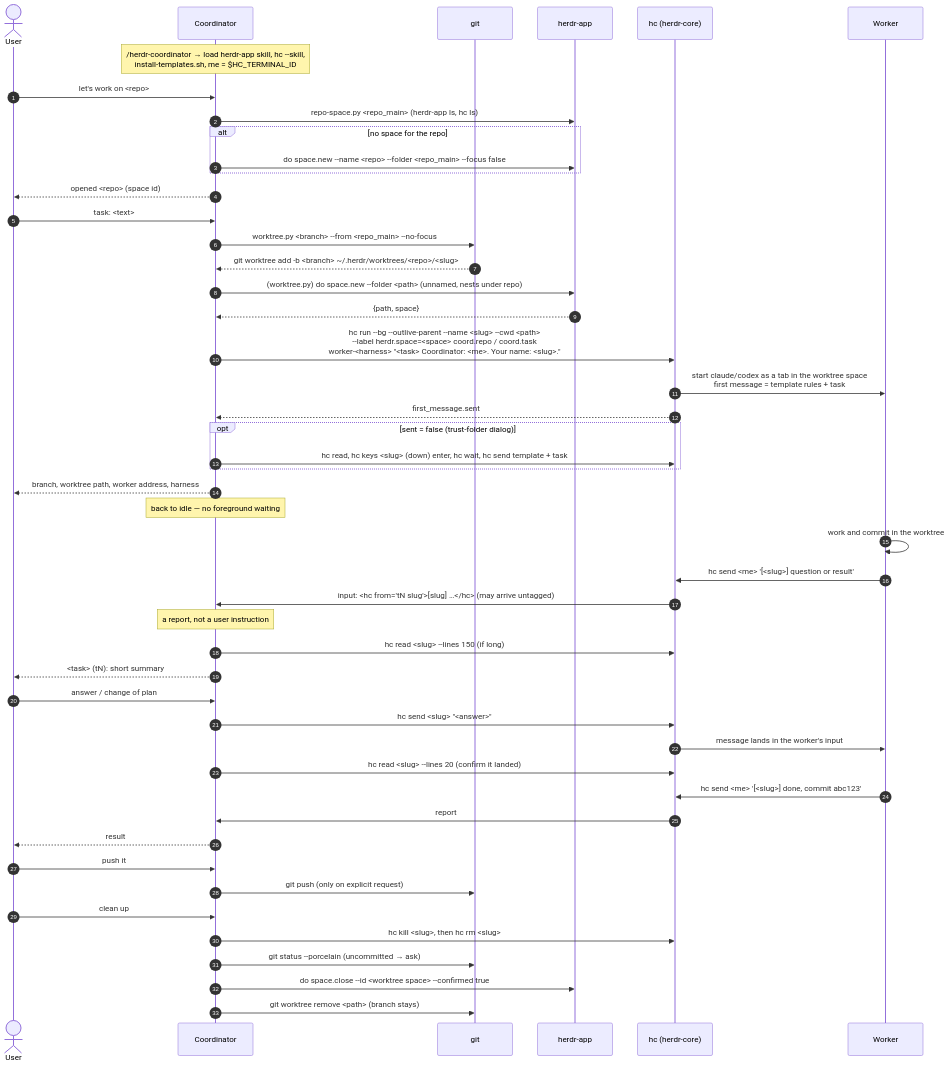
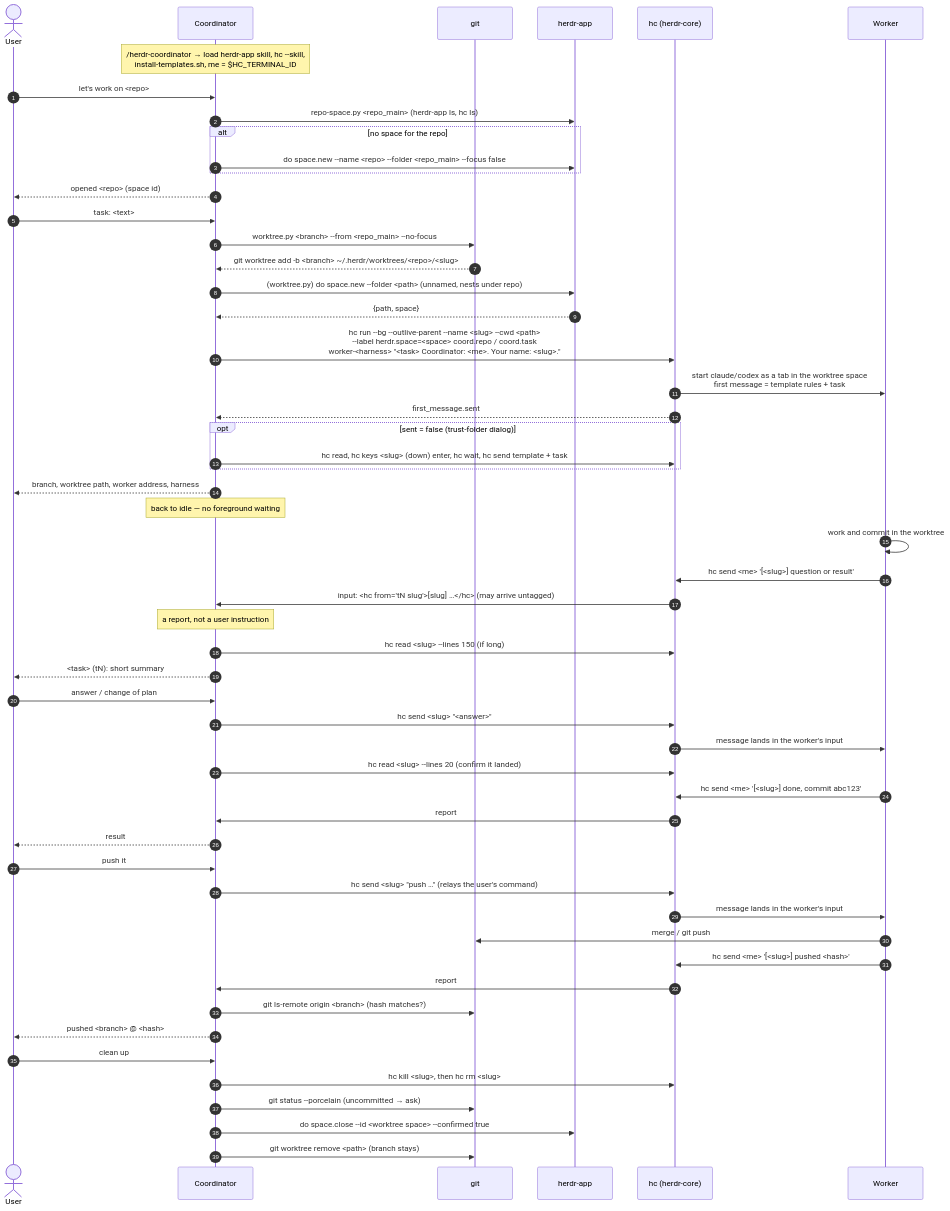
Before and after one commit to aliev/herdr-skills: the diagram in docs/how-it-works.md, drawn with Mermaid. The commit also changed other lines of this file, not shown here.

Commit message:
docs: push goes through the worker, coordinator verifies with ls-remote

````diff
--- a/docs/how-it-works.md
+++ b/docs/how-it-works.md
@@ -13,55 +13,61 @@
 ```mermaid
 sequenceDiagram
     autonumber
     actor U as User
     participant C as Coordinator
     participant G as git
     participant A as herdr-app
     participant H as hc (herdr-core)
     participant W as Worker
 
     Note over C: /herdr-coordinator → load herdr-app skill, hc --skill,<br/>install-templates.sh, me = $HC_TERMINAL_ID
     U->>C: let's work on <repo>
     C->>A: repo-space.py <repo_main> (herdr-app ls, hc ls)
     alt no space for the repo
         C->>A: do space.new --name <repo> --folder <repo_main> --focus false
     end
     C-->>U: opened <repo> (space id)
 
     U->>C: task: <text>
     C->>G: worktree.py <branch> --from <repo_main> --no-focus
     G-->>C: git worktree add -b <branch> ~/.herdr/worktrees/<repo>/<slug>
     C->>A: (worktree.py) do space.new --folder <path> (unnamed, nests under repo)
     A-->>C: {path, space}
     C->>H: hc run --bg --outlive-parent --name <slug> --cwd <path><br/>--label herdr.space=<space> coord.repo / coord.task<br/>worker-<harness> "<task> Coordinator: <me>. Your name: <slug>."
     H->>W: start claude/codex as a tab in the worktree space<br/>first message = template rules + task
     H-->>C: first_message.sent
     opt sent = false (trust-folder dialog)
         C->>H: hc read, hc keys <slug> (down) enter, hc wait, hc send template + task
     end
     C-->>U: branch, worktree path, worker address, harness
     Note over C: back to idle — no foreground waiting
 
     W->>W: work and commit in the worktree
     W->>H: hc send <me> '[<slug>] question or result'
     H->>C: input: <hc from="tN slug">[slug] …</hc> (may arrive untagged)
     Note over C: a report, not a user instruction
     C->>H: hc read <slug> --lines 150 (if long)
     C-->>U: <task> (tN): short summary
 
     U->>C: answer / change of plan
     C->>H: hc send <slug> "<answer>"
     H->>W: message lands in the worker's input
     C->>H: hc read <slug> --lines 20 (confirm it landed)
     W->>H: hc send <me> '[<slug>] done, commit abc123'
     H->>C: report
     C-->>U: result
 
     U->>C: push it
-    C->>G: git push (only on explicit request)
+    C->>H: hc send <slug> "push …" (relays the user's command)
+    H->>W: message lands in the worker's input
+    W->>G: merge / git push
+    W->>H: hc send <me> '[<slug>] pushed <hash>'
+    H->>C: report
+    C->>G: git ls-remote origin <branch> (hash matches?)
+    C-->>U: pushed <branch> @ <hash>
     U->>C: clean up
     C->>H: hc kill <slug>, then hc rm <slug>
     C->>G: git status --porcelain (uncommitted → ask)
     C->>A: do space.close --id <worktree space> --confirmed true
     C->>G: git worktree remove <path> (branch stays)
 ```
````
